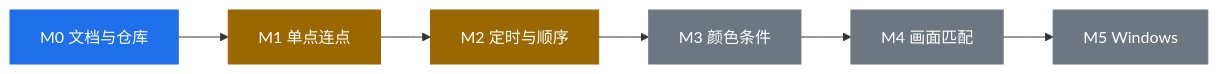
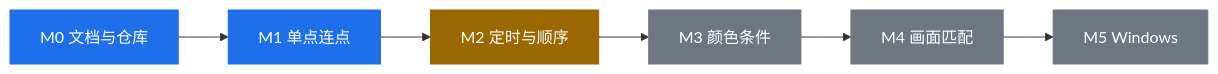
One commit to Armstrong2015/floatap changed the third of 4 diagrams in README.md. Above: the diagram before and after it, drawn with Mermaid. The commit also changed other lines of this file and 1 other file, not shown here.

````diff
--- a/README.md
+++ b/README.md
@@ -63,15 +65,15 @@
 ```mermaid
 flowchart LR
   M0["M0 文档与仓库"] --> M1["M1 单点连点"]
   M1 --> M2["M2 定时与顺序"]
   M2 --> M3["M3 颜色条件"]
   M3 --> M4["M4 画面匹配"]
   M4 --> M5["M5 Windows"]
 
   classDef done fill:#1f6feb,stroke:#1f6feb,color:#ffffff
   classDef next fill:#9a6700,stroke:#9a6700,color:#ffffff
   classDef later fill:#6e7781,stroke:#6e7781,color:#ffffff
-  class M0 done
-  class M1,M2 next
+  class M0,M1 done
+  class M2 next
   class M3,M4,M5 later
 ```
````
